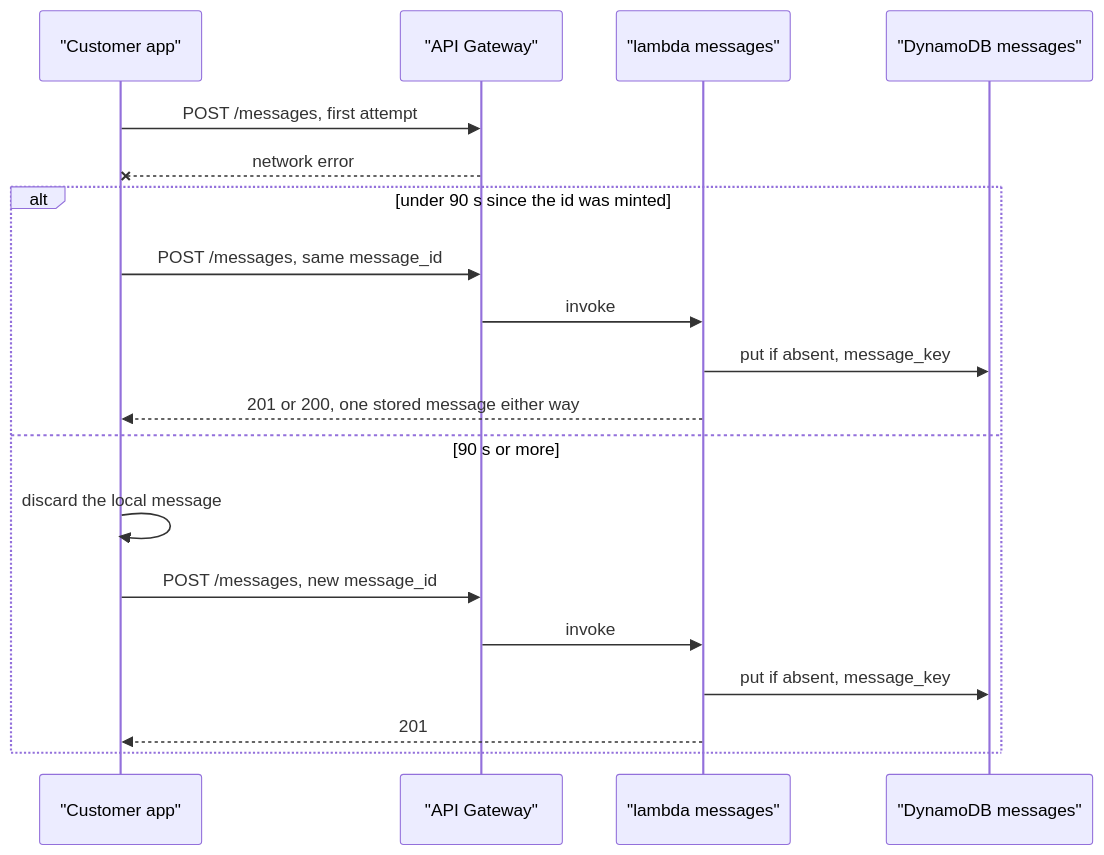
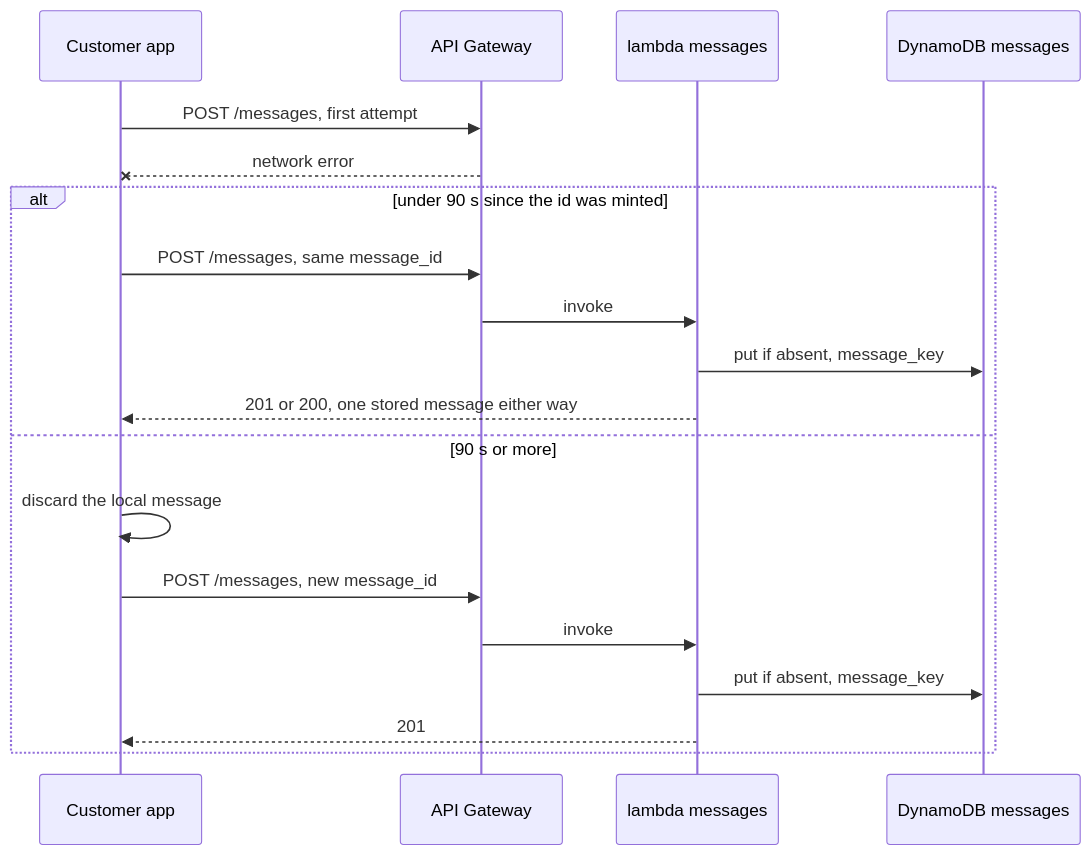
The third of 6 diagrams in docs/modules/messaging/flows.md (Team-ACGS/factored-hackathon-2026-acgs), drawn with Mermaid before and after one commit. The commit also changed other lines of this file and 6 other files, not shown here.

Commit message:
docs(assistant,cases,data,identity,messaging): reviewer findings on flows and readme, round 2

````diff
--- a/docs/modules/messaging/flows.md
+++ b/docs/modules/messaging/flows.md
@@ -115,22 +115,22 @@
 ```mermaid
 sequenceDiagram
-    participant App as "Customer app"
-    participant GW as "API Gateway"
-    participant M as "lambda messages"
-    participant Msgs as "DynamoDB messages"
+    participant App as Customer app
+    participant GW as API Gateway
+    participant M as lambda messages
+    participant Msgs as DynamoDB messages
 
     App->>GW: POST /messages, first attempt
     GW--xApp: network error
     alt under 90 s since the id was minted
         App->>GW: POST /messages, same message_id
         GW->>M: invoke
         M->>Msgs: put if absent, message_key
         M-->>App: 201 or 200, one stored message either way
     else 90 s or more
         App->>App: discard the local message
         App->>GW: POST /messages, new message_id
         GW->>M: invoke
         M->>Msgs: put if absent, message_key
         M-->>App: 201
     end
 ```
````
